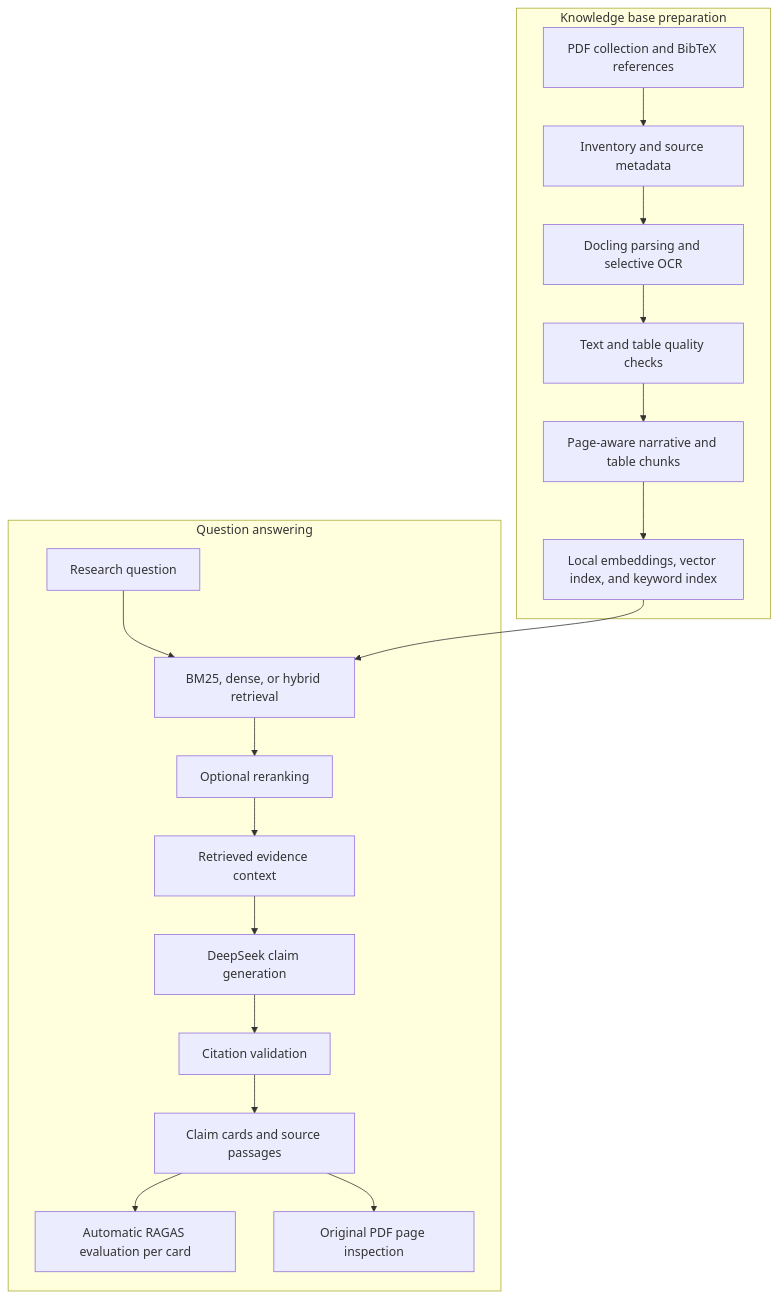
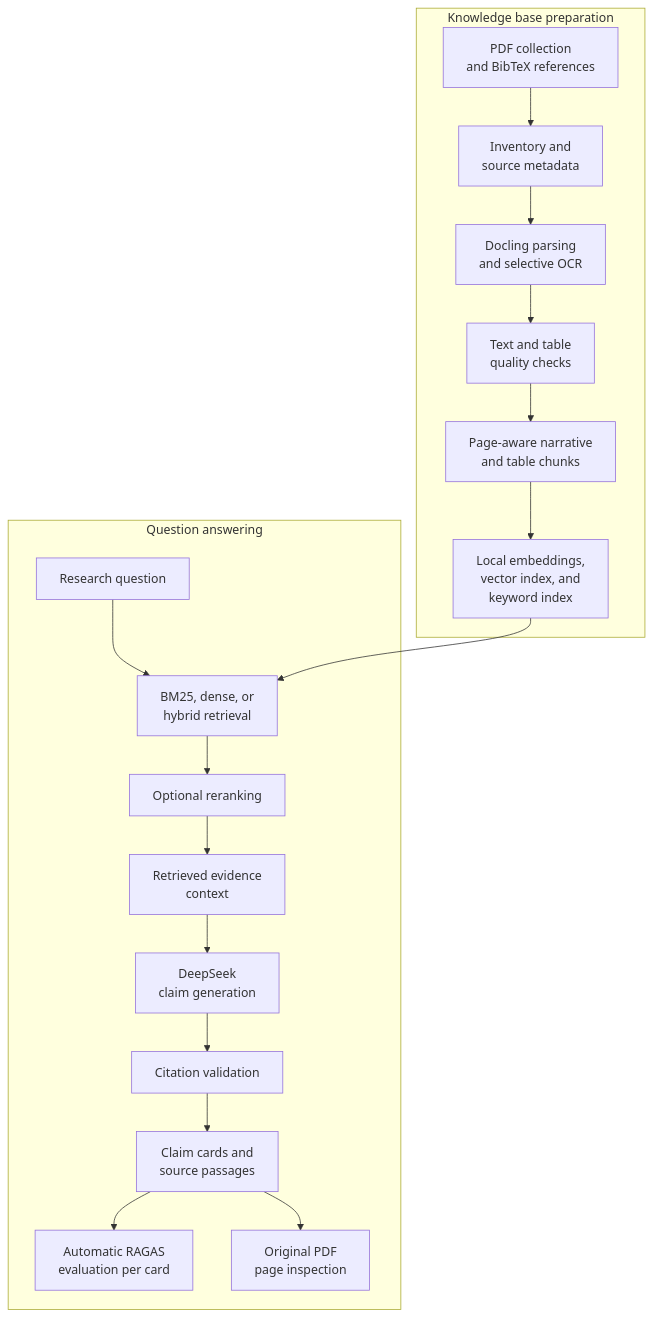
One commit to wildanjr19/evidence-based-research-assistant changed the diagram in README.md. Above: the diagram before and after it, drawn with Mermaid. The commit also changed other lines of this file, not shown here.

Commit message:
Refactor README for clarity and detail: enhance introduction, update use cases and goals, and improve flowchart formatting.

````diff
--- a/README.md
+++ b/README.md
@@ -57,21 +58,21 @@
 ```mermaid
 flowchart TD
     subgraph Preparation[Knowledge base preparation]
-        A[PDF collection and BibTeX references] --> B[Inventory and source metadata]
-        B --> C[Docling parsing and selective OCR]
-        C --> D[Text and table quality checks]
-        D --> E[Page-aware narrative and table chunks]
-        E --> F[Local embeddings, vector index, and keyword index]
+        A["PDF collection<br/>and BibTeX references"] --> B["Inventory and<br/>source metadata"]
+        B --> C["Docling parsing<br/>and selective OCR"]
+        C --> D["Text and table<br/>quality checks"]
+        D --> E["Page-aware narrative<br/>and table chunks"]
+        E --> F["Local embeddings,<br/>vector index, and<br/>keyword index"]
     end
     subgraph Query[Question answering]
-        Q[Research question] --> R[BM25, dense, or hybrid retrieval]
+        Q["Research question"] --> R["BM25, dense, or<br/>hybrid retrieval"]
         F --> R
-        R --> S[Optional reranking]
-        S --> T[Retrieved evidence context]
-        T --> U[DeepSeek claim generation]
-        U --> V[Citation validation]
-        V --> W[Claim cards and source passages]
-        W --> X[Automatic RAGAS evaluation per card]
-        W --> Y[Original PDF page inspection]
+        R --> S["Optional reranking"]
+        S --> T["Retrieved evidence<br/>context"]
+        T --> U["DeepSeek<br/>claim generation"]
+        U --> V["Citation validation"]
+        V --> W["Claim cards and<br/>source passages"]
+        W --> X["Automatic RAGAS<br/>evaluation per card"]
+        W --> Y["Original PDF<br/>page inspection"]
     end
 ```
````
